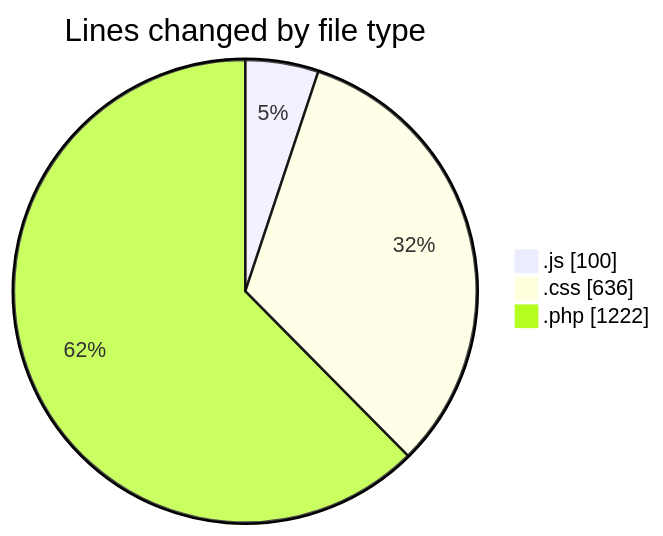
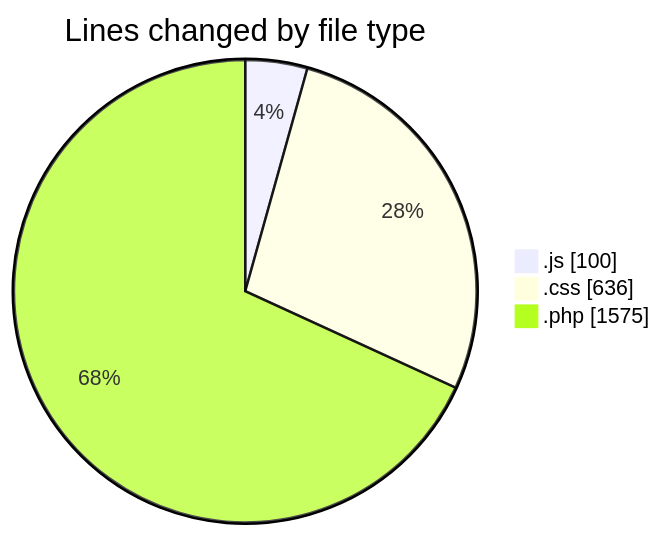
One commit to lephambinh05/code-tracking changed the first of 2 diagrams in 2025-08-25/quytuthien_vn/README.md. Above: the diagram before and after it, drawn with Mermaid. The commit also changed other lines of this file and 1 other file, not shown here.

````diff
--- a/2025-08-25/quytuthien_vn/README.md
+++ b/2025-08-25/quytuthien_vn/README.md
@@ -35,7 +36,7 @@
 ```mermaid
 pie showData
 title Lines changed by file type
 ".js" : 100
 ".css" : 636
-".php" : 1222
+".php" : 1575
 ```
````
